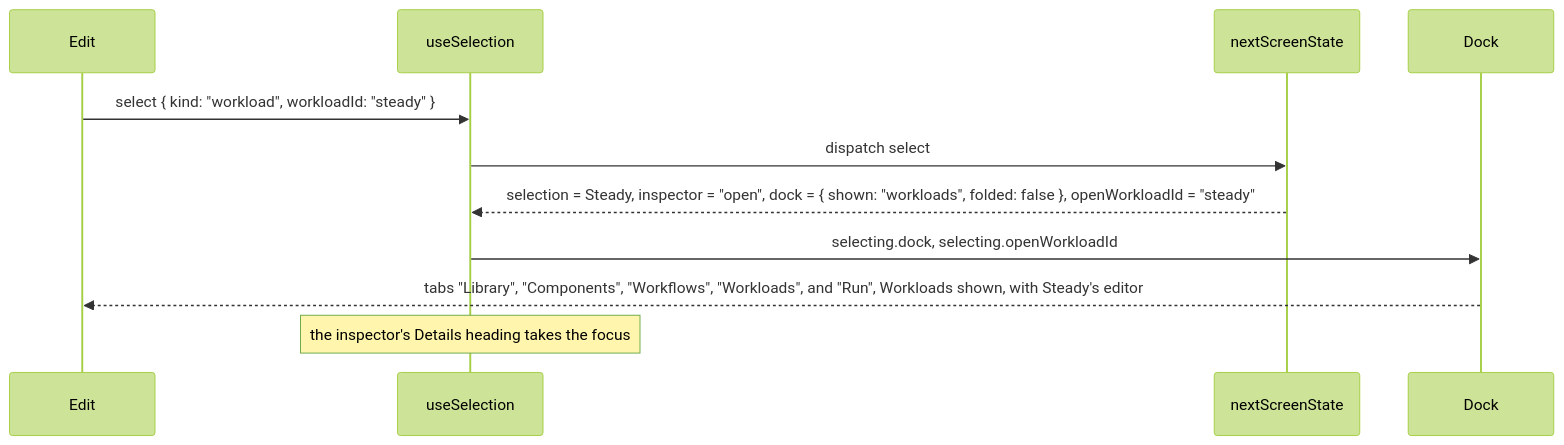
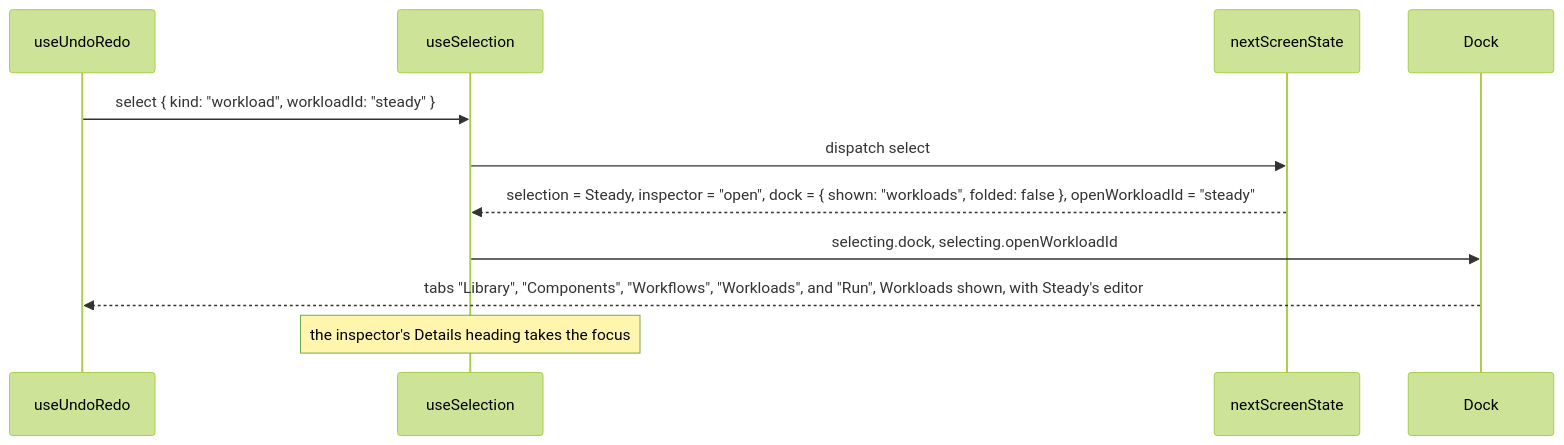
Before and after one commit to alanbickel/wind-tunnel: the fourth of 4 diagrams in docs/architecture/user-interface.md, drawn with Mermaid (forest theme). The commit also changed other lines of this file and 15 other files, not shown here.

Commit message:
fix(ui): keep a wide window from scrolling, remove the run group's Edit, and mark the run's explanation as selected (#280)

````diff
--- a/docs/architecture/user-interface.md
+++ b/docs/architecture/user-interface.md
@@ -278,13 +278,13 @@
 ```mermaid
 sequenceDiagram
-    participant edit as Edit
+    participant undo as useUndoRedo
     participant selection as useSelection
     participant state as nextScreenState
     participant dock as Dock
-    edit->>selection: select { kind: "workload", workloadId: "steady" }
+    undo->>selection: select { kind: "workload", workloadId: "steady" }
     selection->>state: dispatch select
     state-->>selection: selection = Steady, inspector = "open", dock = { shown: "workloads", folded: false }, openWorkloadId = "steady"
     selection->>dock: selecting.dock, selecting.openWorkloadId
-    dock-->>edit: tabs "Library", "Components", "Workflows", "Workloads", and "Run", Workloads shown, with Steady's editor
+    dock-->>undo: tabs "Library", "Components", "Workflows", "Workloads", and "Run", Workloads shown, with Steady's editor
     Note over selection: the inspector's Details heading takes the focus
 ```
````
